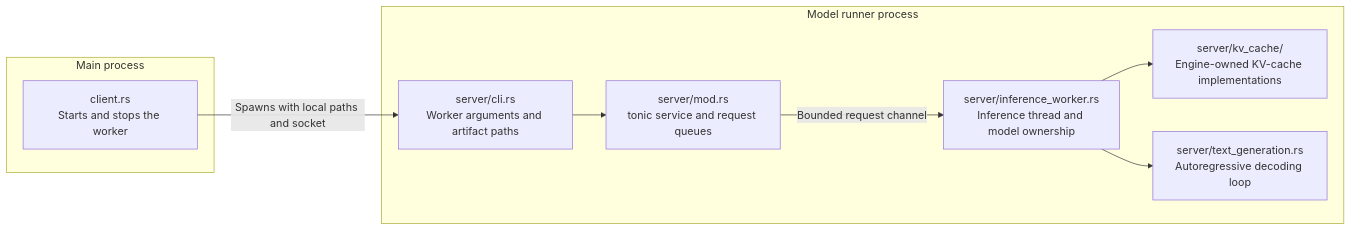
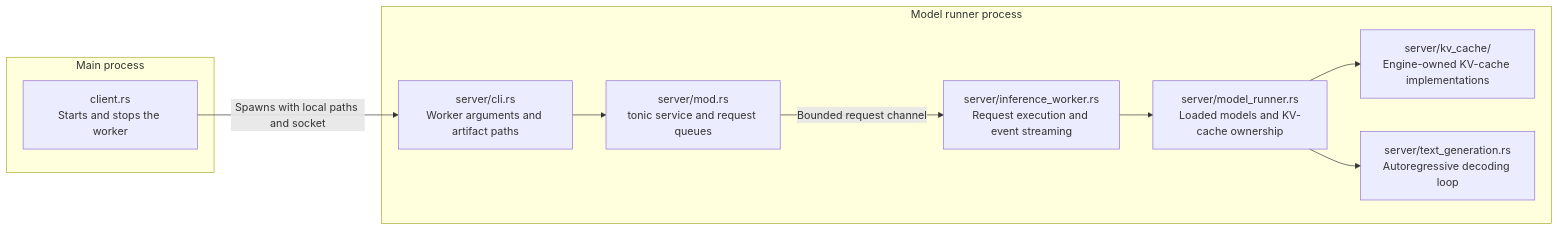
The first of 2 diagrams in src/model_runner/README.md (lun0522/mini-vllm-rs), drawn with Mermaid before and after one commit. The commit also changed other lines of this file and 8 other files, not shown here.

First line of the commit message:
Refactor: Separate model execution responsibilities

````diff
--- a/src/model_runner/README.md
+++ b/src/model_runner/README.md
@@ -6,20 +6,22 @@
 ```mermaid
 flowchart LR
     subgraph Main[Main process]
         Client["client.rs<br/>Starts and stops the worker"]
     end
 
     subgraph Worker[Model runner process]
         Server["server/mod.rs<br/>tonic service and request queues"]
         Cli["server/cli.rs<br/>Worker arguments and artifact paths"]
         KvCache["server/kv_cache/<br/>Engine-owned KV-cache implementations"]
-        InferenceWorker["server/inference_worker.rs<br/>Inference thread and model ownership"]
+        InferenceWorker["server/inference_worker.rs<br/>Request execution and event streaming"]
+        ModelRunner["server/model_runner.rs<br/>Loaded models and KV-cache ownership"]
         TextGeneration["server/text_generation.rs<br/>Autoregressive decoding loop"]
     end
 
     Client -->|"Spawns with local paths and socket"| Cli
     Cli --> Server
-    InferenceWorker --> KvCache
     Server -->|"Bounded request channel"| InferenceWorker
-    InferenceWorker --> TextGeneration
+    InferenceWorker --> ModelRunner
+    ModelRunner --> KvCache
+    ModelRunner --> TextGeneration
 ```
````
